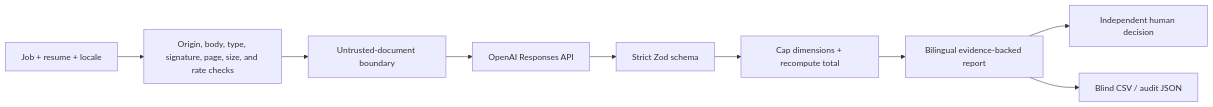
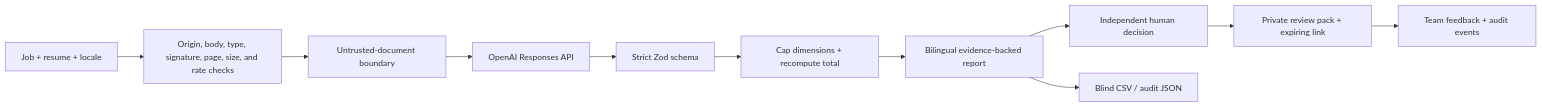
The diagram in README.md (VibeATSCoder/ShortList), drawn with Mermaid before and after one commit. The commit also changed other lines of this file and 23 other files, not shown here.

Commit message:
feat: add private team review workflows

````diff
--- a/README.md
+++ b/README.md
@@ -29,11 +30,13 @@
 ```mermaid
 flowchart LR
   A["Job + resume + locale"] --> B["Origin, body, type, signature, page, size, and rate checks"]
   B --> C["Untrusted-document boundary"]
   C --> D["OpenAI Responses API"]
   D --> E["Strict Zod schema"]
   E --> F["Cap dimensions + recompute total"]
   F --> G["Bilingual evidence-backed report"]
   G --> H["Independent human decision"]
   G --> I["Blind CSV / audit JSON"]
+  H --> J["Private review pack + expiring link"]
+  J --> K["Team feedback + audit events"]
 ```
````
